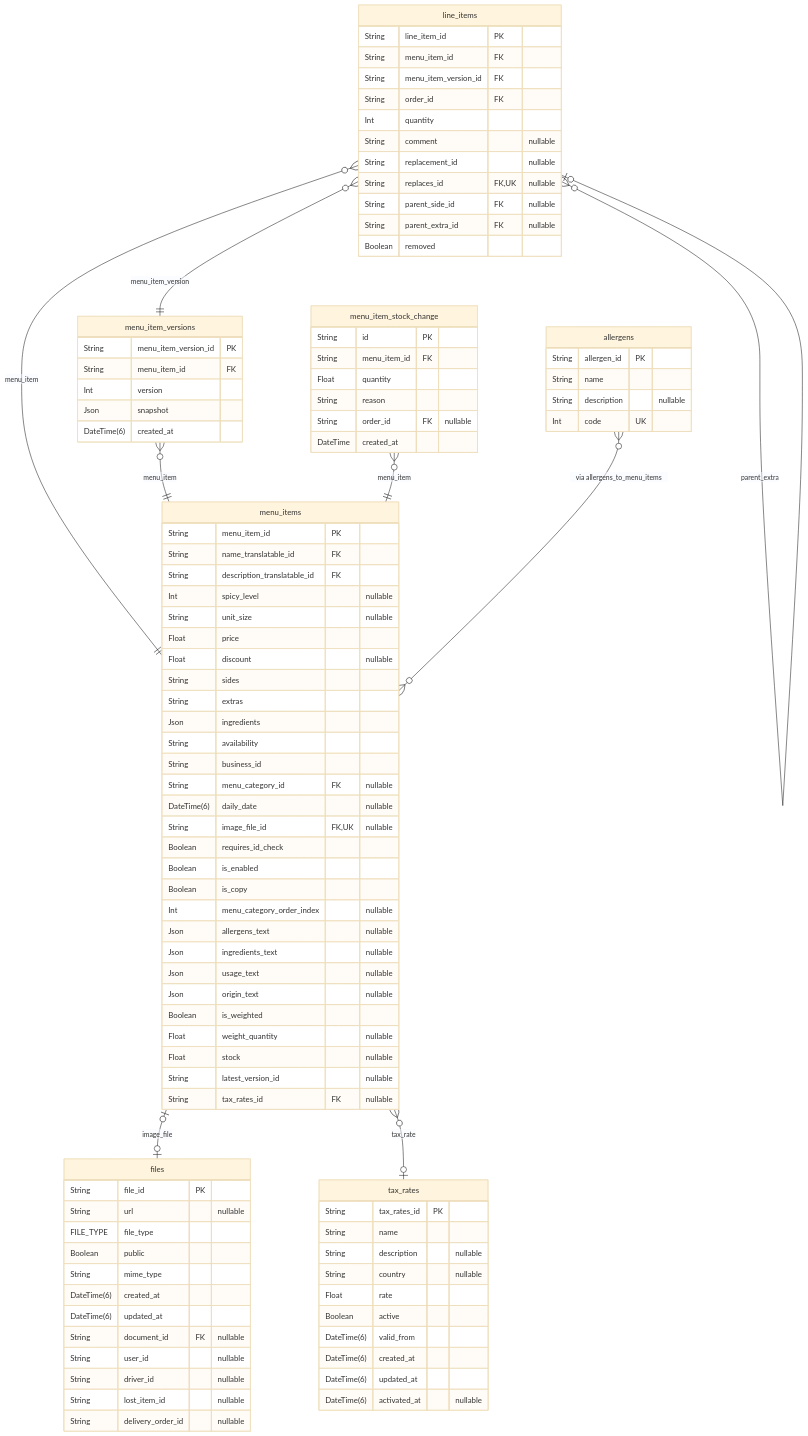
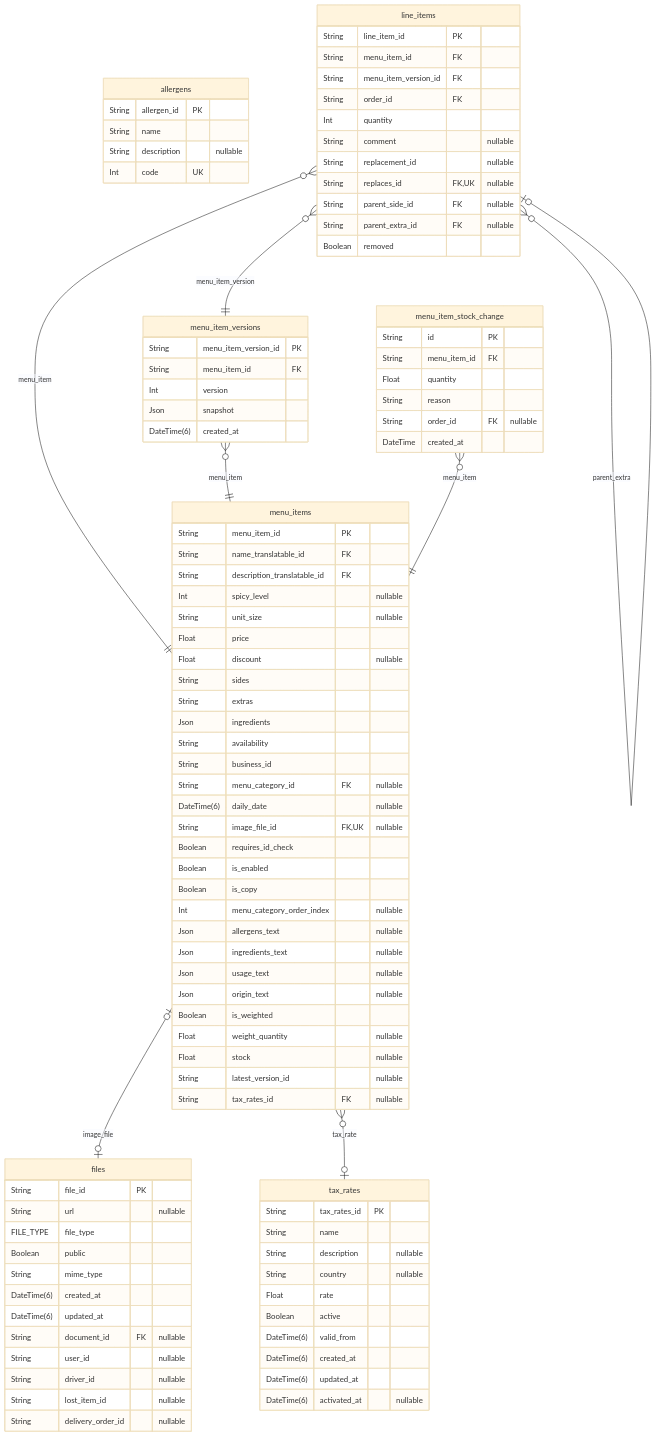
Before and after one commit to pbozic/be-analyisis: diagram 20 of 40 in prisma/schemas/ERD.md, drawn with Mermaid (base theme). The commit also changed other lines of this file and 18 other files, not shown here.

````diff
--- a/prisma/schemas/ERD.md
+++ b/prisma/schemas/ERD.md
@@ -3436,5 +3421,4 @@
 "line_items" }o--o| "line_items" : parent_extra
 "menu_item_versions" }o--|| "menu_items" : menu_item
 "menu_item_stock_change" }o--|| "menu_items" : menu_item
-"allergens" }o--o{ "menu_items" : "via allergens_to_menu_items"
 ```
````
